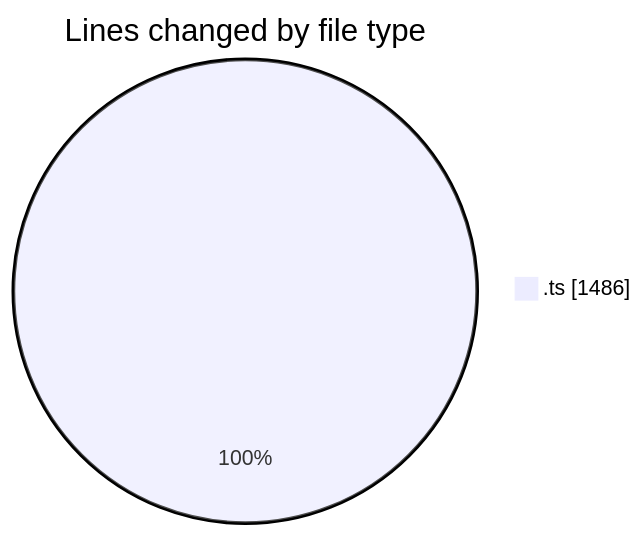
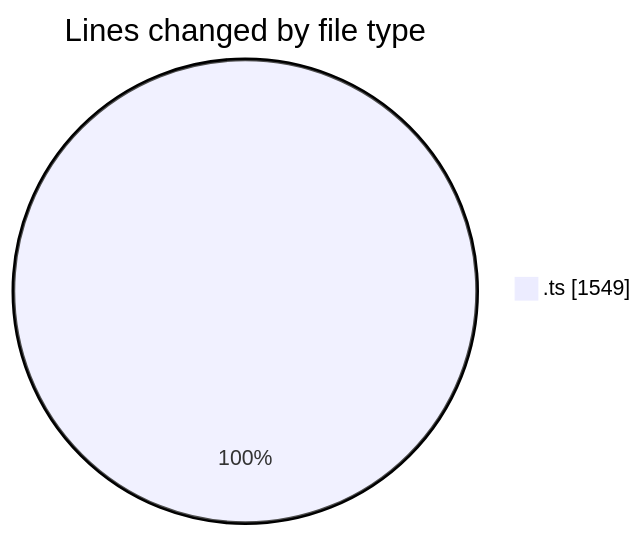
Before and after one commit to momahboobian/code-tracking: the first of 2 diagrams in 2025-08-22/cda/README.md, drawn with Mermaid. The commit also changed other lines of this file and 1 other file, not shown here.

````diff
--- a/2025-08-22/cda/README.md
+++ b/2025-08-22/cda/README.md
@@ -22,5 +22,5 @@
 ```mermaid
 pie showData
 title Lines changed by file type
-".ts" : 1486
+".ts" : 1549
 ```
````
